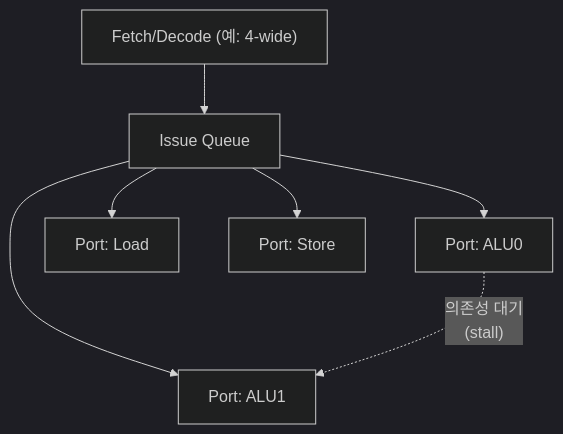
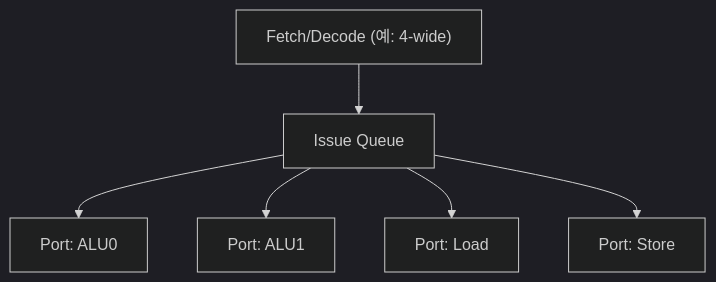
One commit to 42jerrykim/42jerrykim.github.io changed the second of 2 diagrams in content/collection/optimization-05-cpu-microarchitecture/05-ilp-fundamentals/index.md. Above: the diagram before and after it, drawn with Mermaid (dark theme). The commit also changed other lines of this file and 1 other file, not shown here.

First line of the commit message:
feat: optimization-05-cpu-microarchitecture/05-ilp-fundamentals post-quality-loop 채점 완료 (97.3점, 통과)

````diff
--- a/content/collection/optimization-05-cpu-microarchitecture/05-ilp-fundamentals/index.md
+++ b/content/collection/optimization-05-cpu-microarchitecture/05-ilp-fundamentals/index.md
@@ -207,9 +194,8 @@
 ```mermaid
 flowchart TB
   fetchStage["Fetch/Decode (예: 4-wide)"] --> issueQueue["Issue Queue"]
   issueQueue --> portAlu0["Port: ALU0"]
   issueQueue --> portAlu1["Port: ALU1"]
   issueQueue --> portLoad["Port: Load"]
   issueQueue --> portStore["Port: Store"]
-  portAlu0 -.->|"의존성 대기</br>(stall)"| portAlu1
 ```
````
